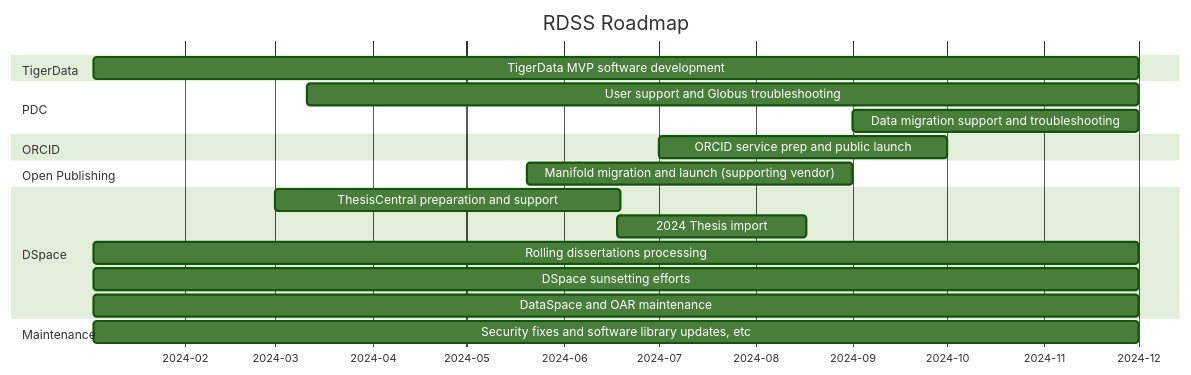
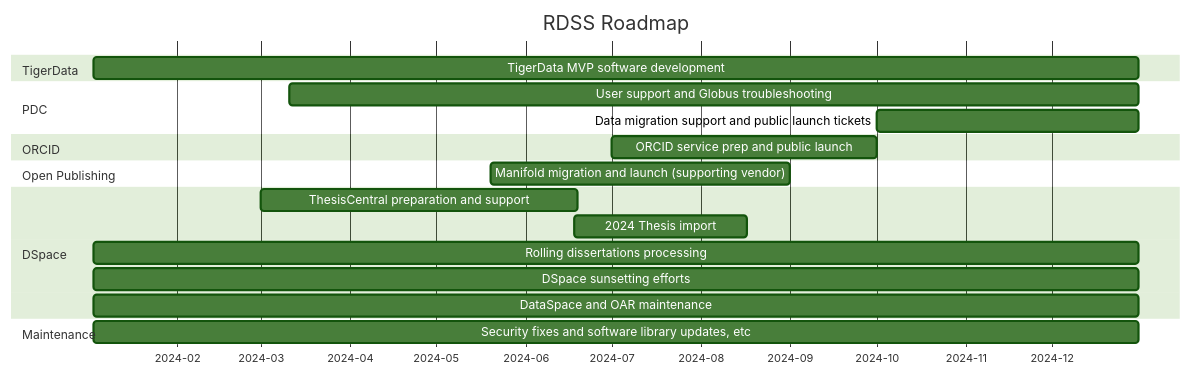
One commit to pulibrary/rdss-handbook changed the diagram in roadmap.md. Above: the diagram before and after it, drawn with Mermaid (forest theme).

Commit message:
Expanding roadmap and making PDC description more explicit (#268)
* Expanding roadmap and making PDC description more explicit

* Wrapped wording to fit graph

* Update roadmap.md

Moved PDC to not overlap with ORCID

````diff
--- a/roadmap.md
+++ b/roadmap.md
@@ -5,23 +5,23 @@
 ```mermaid
 gantt
     title RDSS Roadmap
     axisFormat  %Y-%m
     dateformat YYYY-MM
     section TigerData
-    TigerData MVP software development: td1,2024-01-03,333d
+    TigerData MVP software development: td1,2024-01-03,363d
     section PDC
-    User support and Globus troubleshooting: pd1,2024-03-11,265d
-    Data migration support and troubleshooting: pd2,2024-09-01,91d
+    User support and Globus troubleshooting: pd1,2024-03-11,295d
+    Data migration support and public launch tickets: pd2,2024-10-01,91d
     section ORCID
     ORCID service prep and public launch: or1,2024-07-01,92d
     section Open Publishing
     Manifold migration and launch (supporting vendor): op1,2024-05-20,104d
     section DSpace
     ThesisCentral preparation and support: dsp1,2024-03-01,110d
     2024 Thesis import: dsp2,2024-06-18,60d
-    Rolling dissertations processing: dsp3,2024-01-03,333d
-    DSpace sunsetting efforts: dsp4,2024-01-03,333d
-    DataSpace and OAR maintenance: dsp5,2024-01-03,333d
+    Rolling dissertations processing: dsp3,2024-01-03,363d
+    DSpace sunsetting efforts: dsp4,2024-01-03,363d
+    DataSpace and OAR maintenance: dsp5,2024-01-03,363d
     section Maintenance
-    Security fixes and software library updates, etc: man1,2024-01-03,333d
+    Security fixes and software library updates, etc: man1,2024-01-03,363d
 ```
````
